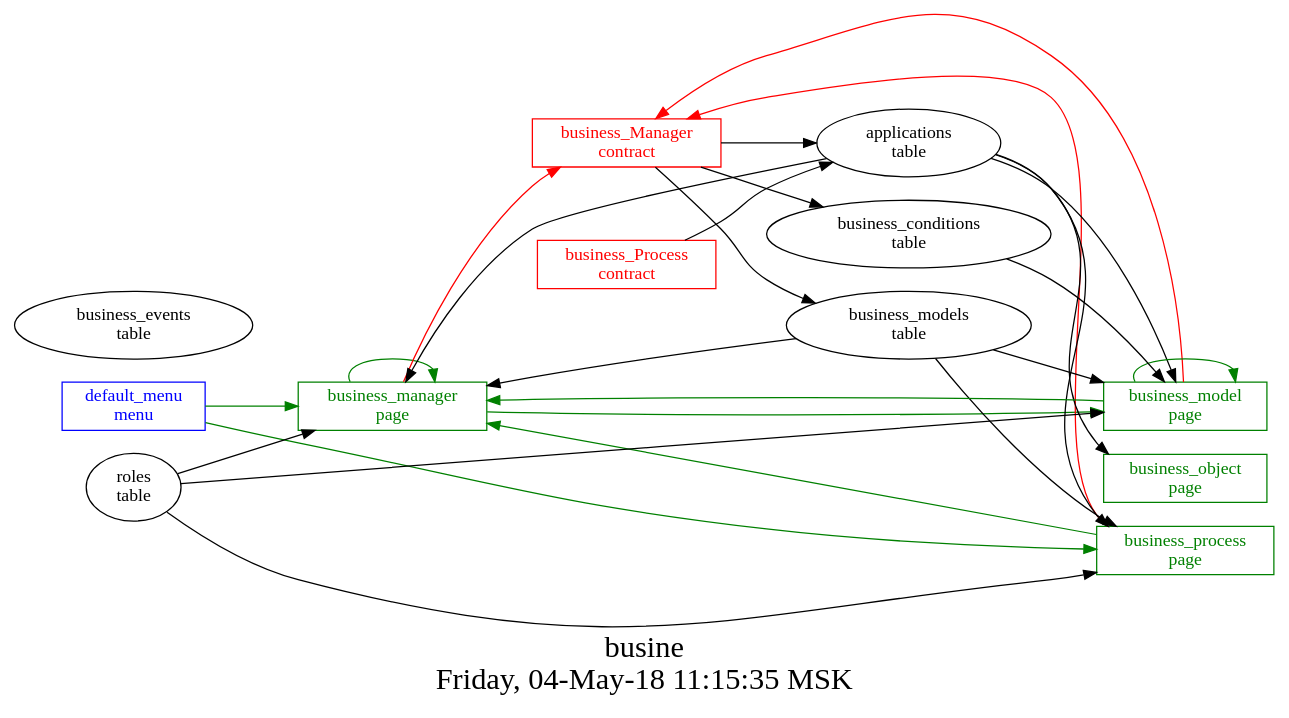
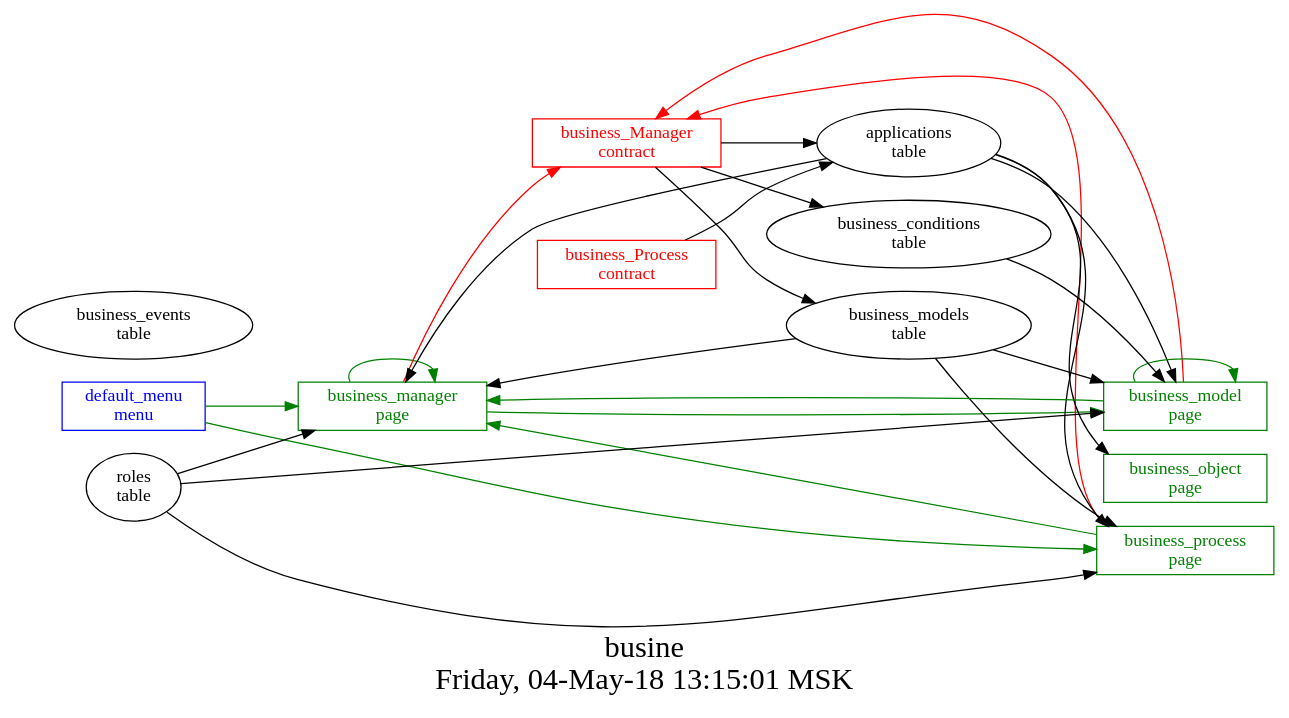
Before and after one commit to AplaProject/apps: the diagram in src/business/struct.dot, drawn with Graphviz. The commit also changed 1 other file, not shown here.

```diff
--- a/src/business/struct.dot
+++ b/src/business/struct.dot
@@ -1,45 +1,45 @@
 digraph G {
 graph [
   fontsize="24";
-  label="busine\nFriday, 04-May-18 11:15:35 MSK";
+  label="busine\nFriday, 04-May-18 13:15:01 MSK";
   nojustify=true;
   ordering=out;
   rankdir=LR;
   size="30";
 ];
 "default_menu\nmenu" -> "business_manager\npage"  [ color=green ]
 "default_menu\nmenu" -> "business_process\npage"  [ color=green ]
 "default_menu\nmenu" [color=blue, fontcolor=blue, group=menus, shape=record];
 "business_manager\npage" -> "business_Manager\ncontract"  [ color=red ]
 "applications\ntable" -> "business_manager\npage"  [ color="" ]
 "roles\ntable" -> "business_manager\npage"  [ color="" ]
 "business_models\ntable" -> "business_manager\npage"  [ color="" ]
 "business_manager\npage" -> "business_model\npage"  [ color=green ]
 "business_manager\npage" -> "business_manager\npage"  [ color=green ]
 "business_manager\npage" [color=green, fontcolor=green, group=pages, shape=record];
 "business_model\npage" -> "business_Manager\ncontract"  [ color=red ]
 "applications\ntable" -> "business_model\npage"  [ color="" ]
 "roles\ntable" -> "business_model\npage"  [ color="" ]
 "business_models\ntable" -> "business_model\npage"  [ color="" ]
 "business_conditions\ntable" -> "business_model\npage"  [ color="" ]
 "business_model\npage" -> "business_model\npage"  [ color=green ]
 "business_model\npage" -> "business_manager\npage"  [ color=green ]
 "business_model\npage" [color=green, fontcolor=green, group=pages, shape=record];
 "applications\ntable" -> "business_object\npage"  [ color="" ]
 "business_object\npage" [color=green, fontcolor=green, group=pages, shape=record];
 "business_process\npage" -> "business_Manager\ncontract"  [ color=red ]
 "applications\ntable" -> "business_process\npage"  [ color="" ]
 "roles\ntable" -> "business_process\npage"  [ color="" ]
 "business_models\ntable" -> "business_process\npage"  [ color="" ]
 "business_process\npage" -> "business_manager\npage"  [ color=green ]
 "business_process\npage" [color=green, fontcolor=green, group=pages, shape=record];
 "business_Manager\ncontract" -> "applications\ntable"  [ color="" ]
 "business_Manager\ncontract" -> "business_conditions\ntable"  [ color="" ]
 "business_Manager\ncontract" -> "business_models\ntable"  [ color="" ]
 "business_Manager\ncontract" [color=red, fontcolor=red, group=contracts, shape=record];
 "business_Process\ncontract" -> "applications\ntable"  [ color="" ]
 "business_Process\ncontract" [color=red, fontcolor=red, group=contracts, shape=record];
 "business_conditions\ntable" [color="", fontcolor="", group=tables, shape=""];
 "business_events\ntable" [color="", fontcolor="", group=tables, shape=""];
 "business_models\ntable" [color="", fontcolor="", group=tables, shape=""];
 }
```
